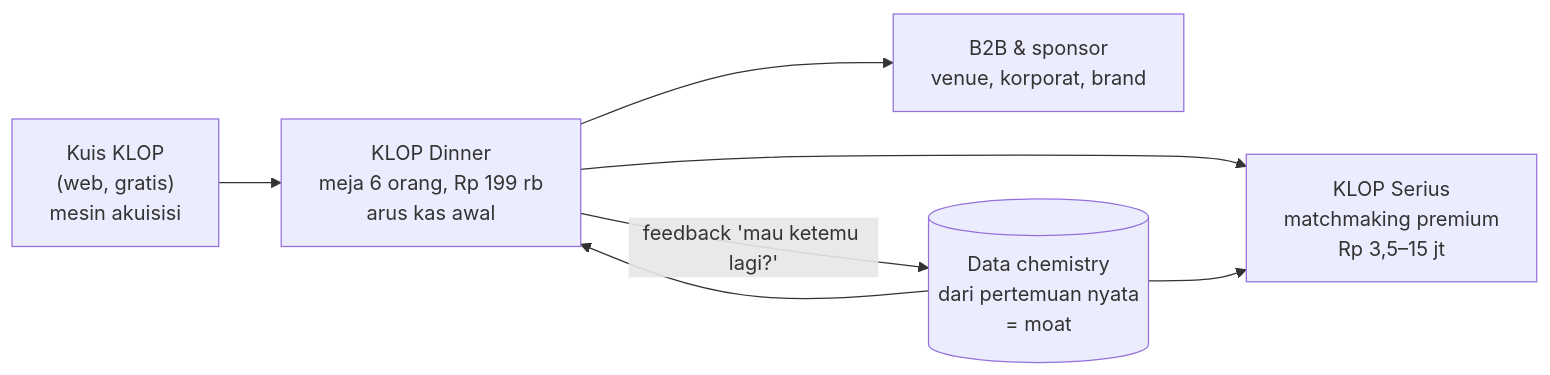
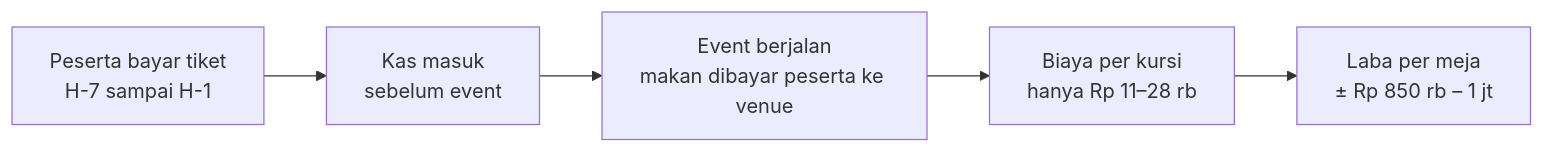
One commit to Sky8701/Dating-Apps-Plan changed the first of 2 diagrams in PIVOT_PLAN.md. Above: the diagram before and after it, drawn with Mermaid. The commit also changed other lines of this file and 2 other files, not shown here.

First line of the commit message:
Revise KLOP blueprint to v2 (lean-first)

````diff
--- a/PIVOT_PLAN.md
+++ b/PIVOT_PLAN.md
@@ -15,9 +39,7 @@
 ```mermaid
 flowchart LR
-    A["Kuis KLOP<br/>(web, gratis)<br/>mesin akuisisi"] --> B["KLOP Dinner<br/>meja 6 orang, Rp 199 rb<br/>arus kas awal"]
-    B --> C["KLOP Serius<br/>matchmaking premium<br/>Rp 3,5–15 jt"]
-    B --> D["B2B & sponsor<br/>venue, korporat, brand"]
-    B -->|"feedback 'mau ketemu lagi?'"| E[("Data chemistry<br/>dari pertemuan nyata<br/>= moat")]
-    E --> B
-    E --> C
+    A["Peserta bayar tiket<br/>H-7 sampai H-1"] --> B["Kas masuk<br/>sebelum event"]
+    B --> C["Event berjalan<br/>makan dibayar peserta ke venue"]
+    C --> D["Biaya per kursi<br/>hanya Rp 11–28 rb"]
+    D --> E["Laba per meja<br/>± Rp 850 rb – 1 jt"]
 ```
````
